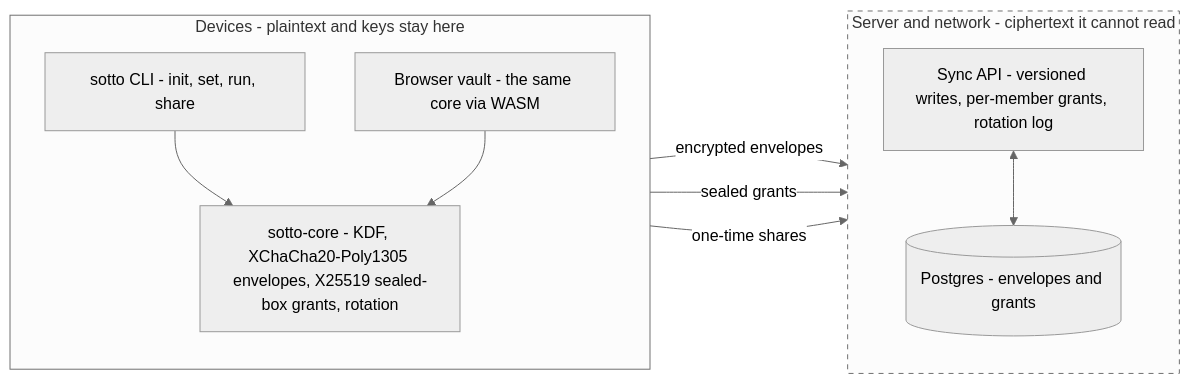
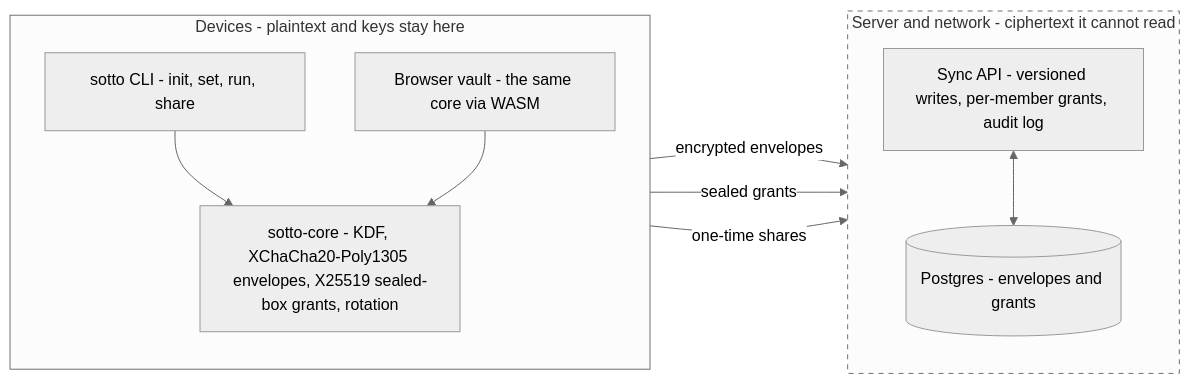
One commit to getsotto/.github changed the diagram in profile/README.md. Above: the diagram before and after it, drawn with Mermaid (neutral theme). The commit also changed other lines of this file, not shown here.

First line of the commit message:
Correct the security summary and the diagram

````diff
--- a/profile/README.md
+++ b/profile/README.md
@@ -18,21 +18,21 @@
 ```mermaid
 flowchart LR
     subgraph devices["Devices - plaintext and keys stay here"]
         direction TB
         cli["sotto CLI - init, set, run, share"]
         web["Browser vault - the same core via WASM"]
         core["sotto-core - KDF, XChaCha20-Poly1305 envelopes, X25519 sealed-box grants, rotation"]
         cli --> core
         web --> core
     end
     subgraph server["Server and network - ciphertext it cannot read"]
         direction TB
-        api["Sync API - versioned writes, per-member grants, rotation log"]
+        api["Sync API - versioned writes, per-member grants, audit log"]
         db[("Postgres - envelopes and grants")]
         api <--> db
     end
     core -- "encrypted envelopes" --> api
     core -- "sealed grants" --> api
     core -- "one-time shares" --> api
     style server stroke-dasharray: 5 5
 ```
````
